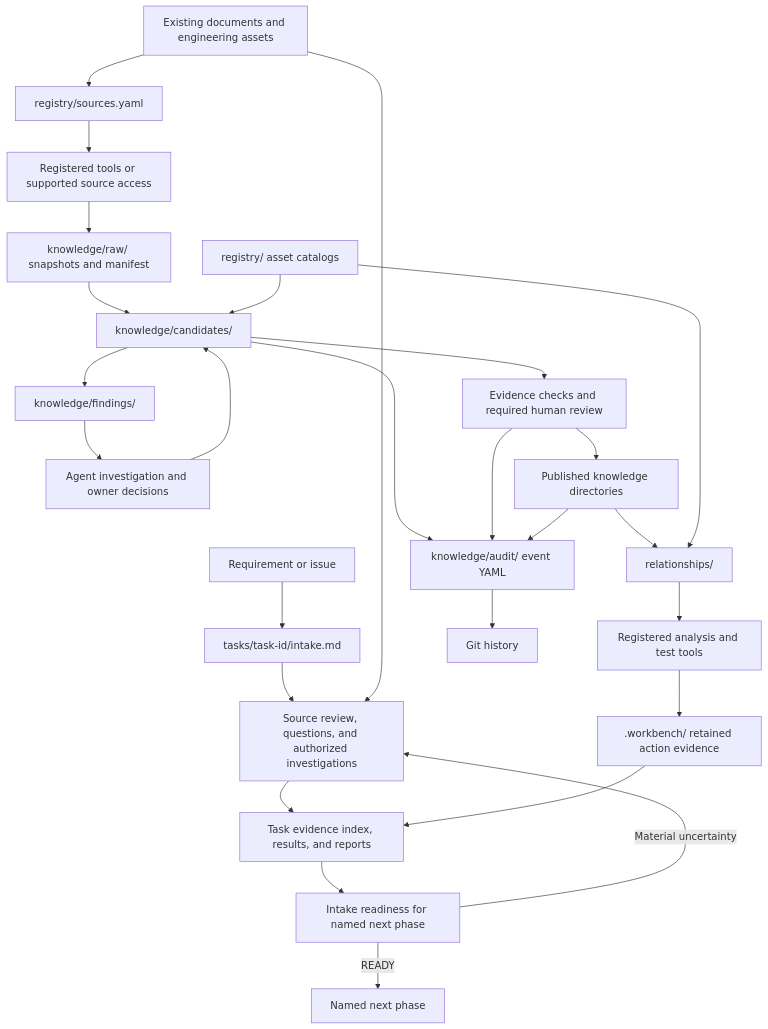
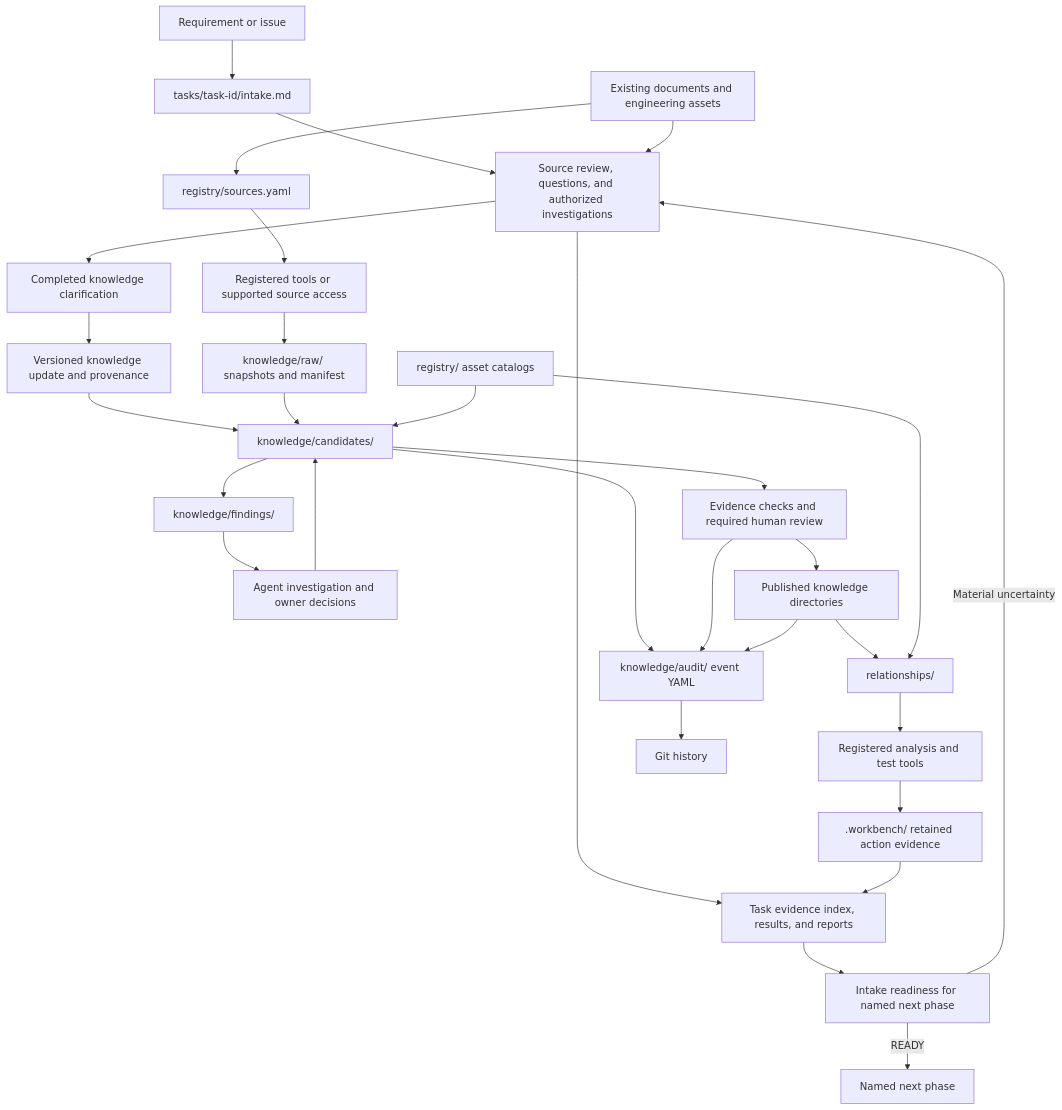
The first of 2 diagrams in docs/WORKSPACE_DESIGN.md (lushevol/sdlc-workbench), drawn with Mermaid before and after one commit. The commit also changed other lines of this file and 254 other files, not shown here.

````diff
--- a/docs/WORKSPACE_DESIGN.md
+++ b/docs/WORKSPACE_DESIGN.md
@@ -233,29 +241,32 @@
 ```mermaid
 flowchart TD
   Request[Requirement or issue] --> Intake[tasks/task-id/intake.md]
   Intake --> Collection[Source review, questions, and authorized investigations]
   Collection --> TaskEvidence[Task evidence index, results, and reports]
+  Collection --> Clarification[Completed knowledge clarification]
+  Clarification --> KnowledgeUpdate[Versioned knowledge update and provenance]
+  KnowledgeUpdate --> Candidates
   TaskEvidence --> Readiness[Intake readiness for named next phase]
   Readiness -->|Material uncertainty| Collection
   Readiness -->|READY| Next[Named next phase]
   External[Existing documents and engineering assets] --> Sources[registry/sources.yaml]
   External --> Collection
   Sources --> Access[Registered tools or supported source access]
   Access --> Raw[knowledge/raw/ snapshots and manifest]
   Raw --> Candidates[knowledge/candidates/]
   Candidates --> Findings[knowledge/findings/]
   Findings --> Investigation[Agent investigation and owner decisions]
   Investigation --> Candidates
   Candidates --> Review[Evidence checks and required human review]
   Review --> Published[Published knowledge directories]
   Published --> Relationships[relationships/]
   Relationships --> Execution[Registered analysis and test tools]
   Execution --> Evidence[.workbench/ retained action evidence]
   Evidence --> TaskEvidence
   Candidates --> Audit[knowledge/audit/ event YAML]
   Review --> Audit
   Published --> Audit
   Audit --> History[Git history]
   Registry[registry/ asset catalogs] --> Candidates
   Registry --> Relationships
 ```
````
